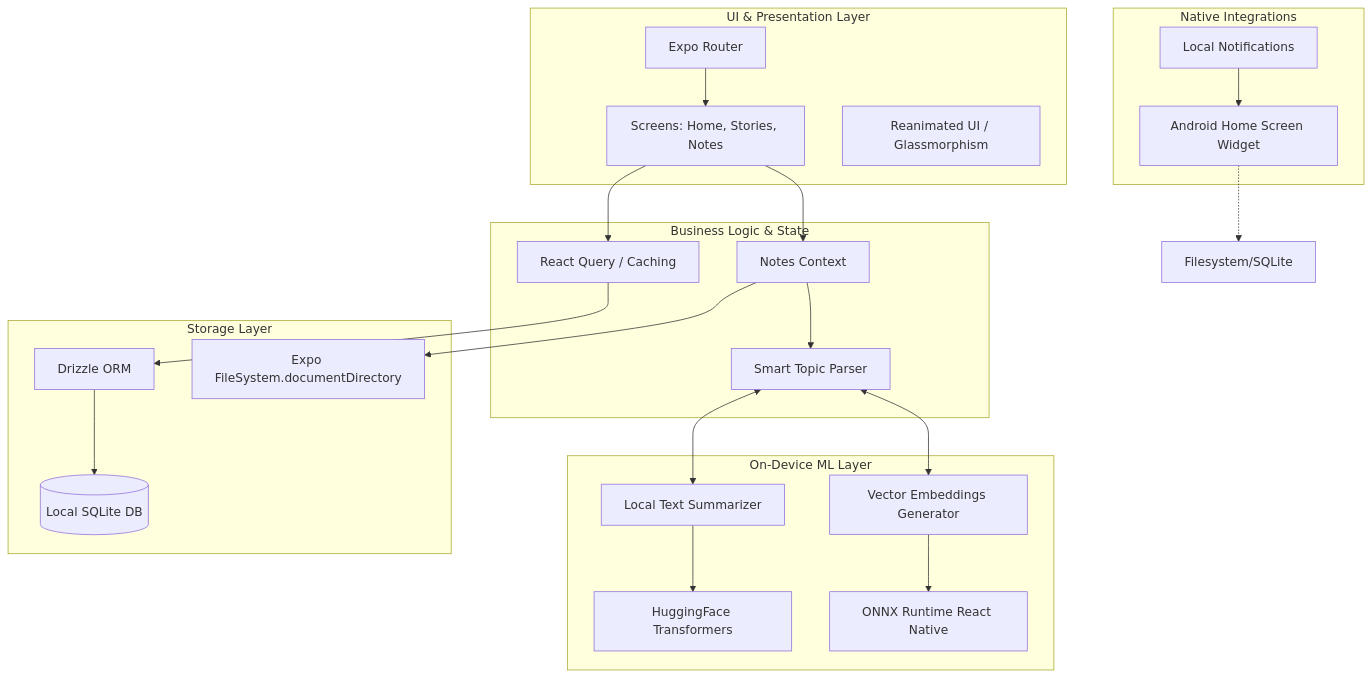
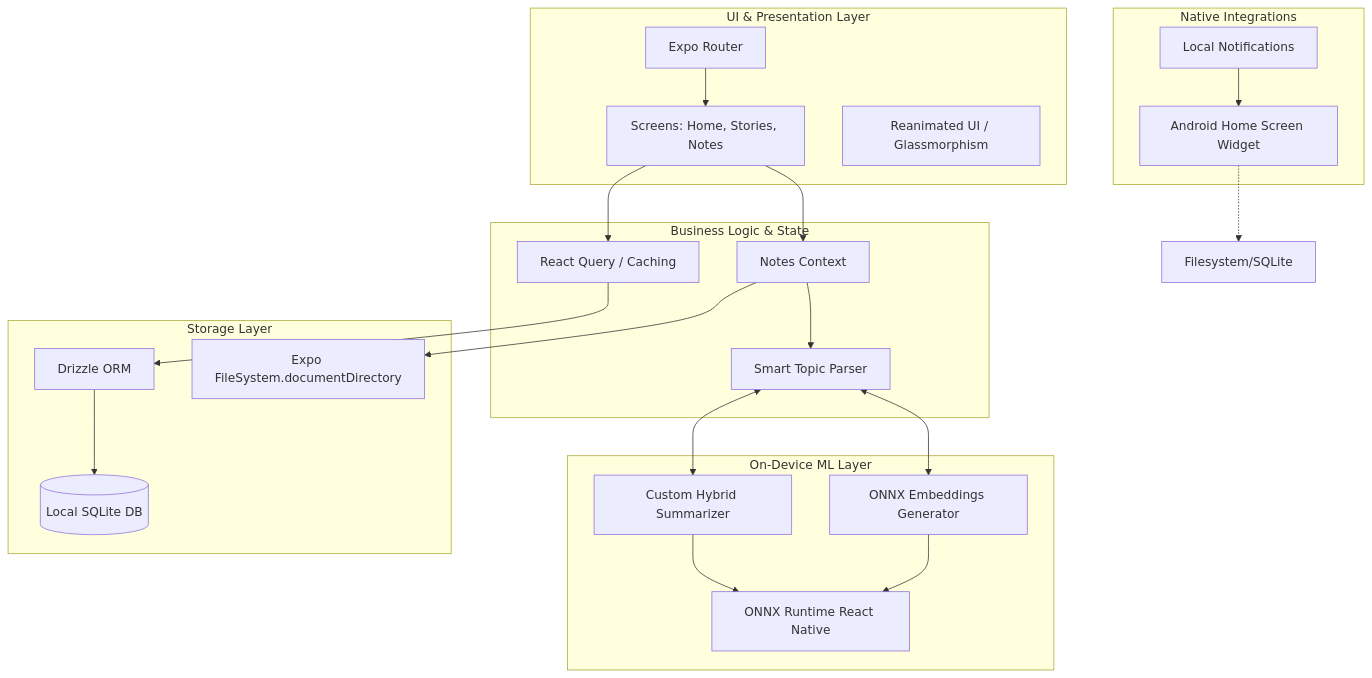
One commit to VaranasiRahul/RVX-AI-NOTES-PUBLIC changed the diagram in ARCHITECTURE.md. Above: the diagram before and after it, drawn with Mermaid. The commit also changed other lines of this file and 1 other file, not shown here.

Commit message:
Update tech stack info: replace @huggingface/transformers with custom summarizer

````diff
--- a/ARCHITECTURE.md
+++ b/ARCHITECTURE.md
@@ -17,52 +17,51 @@
 ```mermaid
 graph TD
     subgraph UI Layer [UI & Presentation Layer]
         Router[Expo Router]
         Screens[Screens: Home, Stories, Notes]
         Gestures[Reanimated UI / Glassmorphism]
     end
 
     subgraph Logic Layer [Business Logic & State]
         ReactQuery[React Query / Caching]
         Context[Notes Context]
         Parser[Smart Topic Parser]
     end
 
     subgraph Local AI Engine [On-Device ML Layer]
-        HF[HuggingFace Transformers]
         ONNX[ONNX Runtime React Native]
-        Summarizer[Local Text Summarizer]
-        Embeddings[Vector Embeddings Generator]
+        Summarizer[Custom Hybrid Summarizer]
+        Embeddings[ONNX Embeddings Generator]
     end
 
     subgraph Data Access Layer [Storage Layer]
         Drizzle[Drizzle ORM]
         SQLite[(Local SQLite DB)]
         FileSystem[Expo FileSystem.documentDirectory]
     end
 
     subgraph Native Integrations
         Widget[Android Home Screen Widget]
         Notifications[Local Notifications]
     end
 
     %% Connections
     Router --> Screens
     Screens --> ReactQuery
     Screens --> Context
     
     Context --> Parser
     Parser <--> Summarizer
     Parser <--> Embeddings
     
-    Summarizer --> HF
+    Summarizer --> ONNX
     Embeddings --> ONNX
     
     ReactQuery --> Drizzle
     Drizzle --> SQLite
     
     Context --> FileSystem
     
     Widget -.-> Filesystem/SQLite
     Notifications --> Widget
 ```
````
